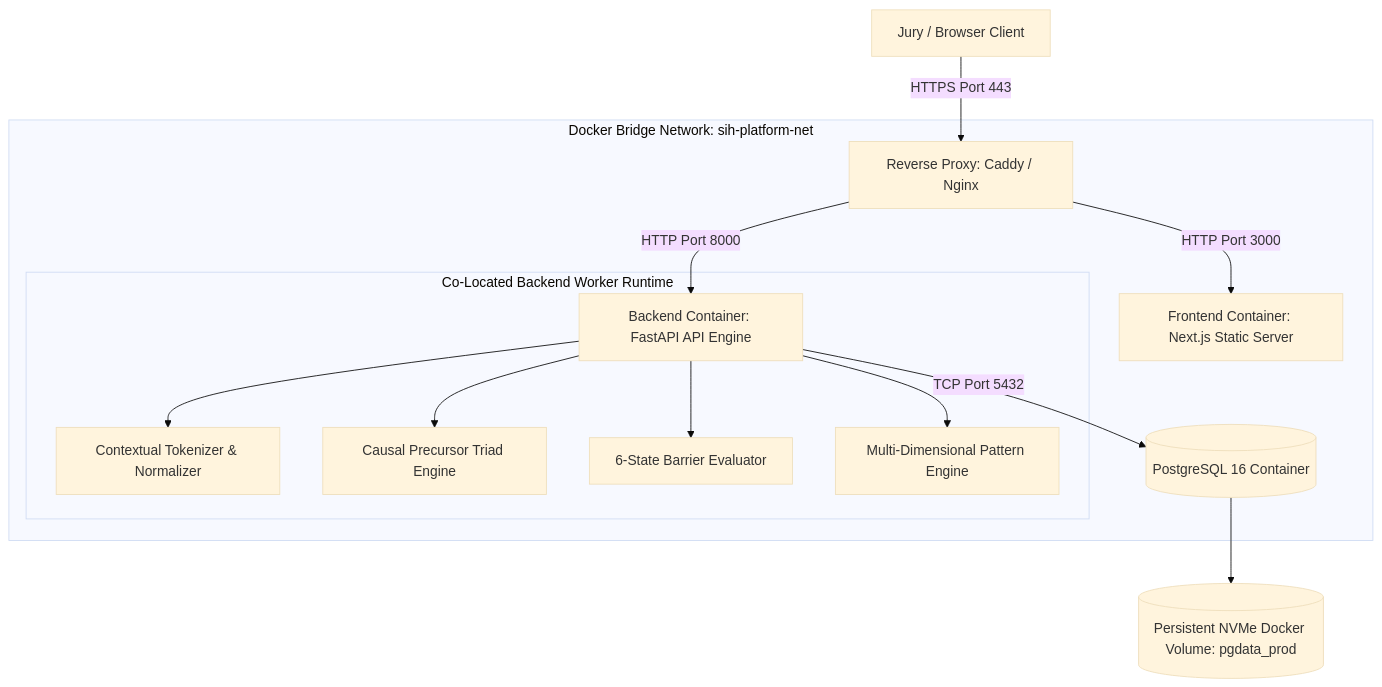
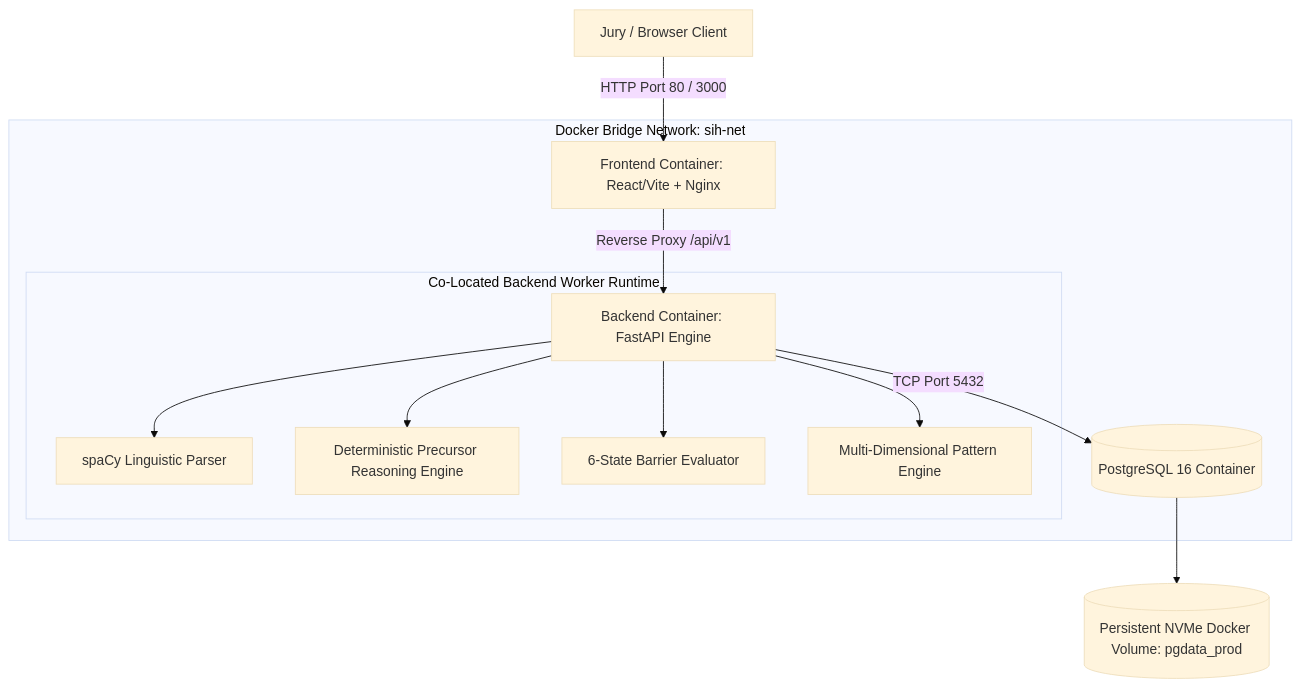
Before and after one commit to shlok926/oil-safety-intelligence-platform: the second of 4 diagrams in docs/13_DEPLOYMENT.md, drawn with Mermaid (base theme). The commit also changed other lines of this file, not shown here.

Commit message:
docs(deploy): align 3-container topology with Nginx, offline model cache, and seed workflow

````diff
--- a/docs/13_DEPLOYMENT.md
+++ b/docs/13_DEPLOYMENT.md
@@ -167,20 +168,19 @@
 ```mermaid
 flowchart TD
-    INTERNET[Jury / Browser Client] -->|HTTPS Port 443| PROXY[Reverse Proxy: Caddy / Nginx]
+    INTERNET[Jury / Browser Client] -->|HTTP Port 80 / 3000| FE[Frontend Container: React/Vite + Nginx]
     
-    subgraph Docker Bridge Network: sih-platform-net
-        PROXY -->|HTTP Port 3000| FE[Frontend Container: Next.js Static Server]
-        PROXY -->|HTTP Port 8000| BE[Backend Container: FastAPI API Engine]
+    subgraph Docker Bridge Network: sih-net
+        FE -->|Reverse Proxy /api/v1| BE[Backend Container: FastAPI Engine]
         
         subgraph Co-Located Backend Worker Runtime
-            BE --> NLP[Contextual Tokenizer & Normalizer]
-            BE --> SIF[Causal Precursor Triad Engine]
+            BE --> NLP[spaCy Linguistic Parser]
+            BE --> SIF[Deterministic Precursor Reasoning Engine]
             BE --> BAR[6-State Barrier Evaluator]
             BE --> PAT[Multi-Dimensional Pattern Engine]
         end
         
         BE -->|TCP Port 5432| DB[(PostgreSQL 16 Container)]
     end
     
     DB --> VOL[(Persistent NVMe Docker Volume: pgdata_prod)]
 ```
````
